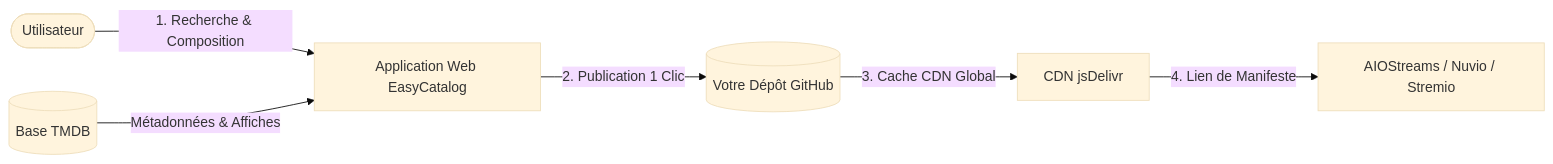
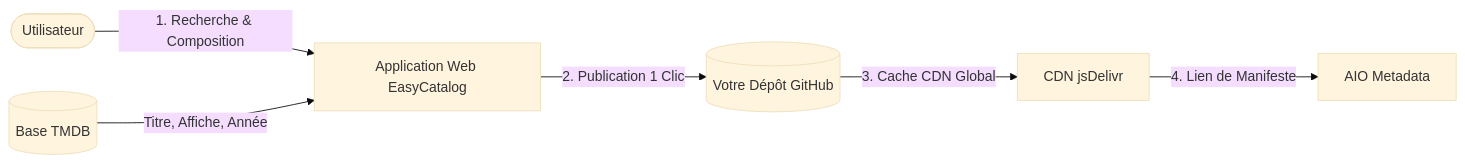
One commit to Wayku-io/EasyCatalog changed the diagram in README.fr.md. Above: the diagram before and after it, drawn with Mermaid (base theme). The commit also changed other lines of this file and 3 other files, not shown here.

Commit message:
docs: focus strictly on AIO Metadata, TMDB title/poster/year, and Stremio/Nuvio standards

````diff
--- a/README.fr.md
+++ b/README.fr.md
@@ -86,8 +86,8 @@
 ```mermaid
 graph LR
     User([Utilisateur]) -->|1. Recherche & Composition| App[Application Web EasyCatalog]
-    TMDB[(Base TMDB)] -->|Métadonnées & Affiches| App
+    TMDB[(Base TMDB)] -->|Titre, Affiche, Année| App
     App -->|2. Publication 1 Clic| GitHub[(Votre Dépôt GitHub)]
     GitHub -->|3. Cache CDN Global| jsDelivr[CDN jsDelivr]
-    jsDelivr -->|4. Lien de Manifeste| Player[AIOStreams / Nuvio / Stremio]
+    jsDelivr -->|4. Lien de Manifeste| AIO[AIO Metadata]
 ```
````
